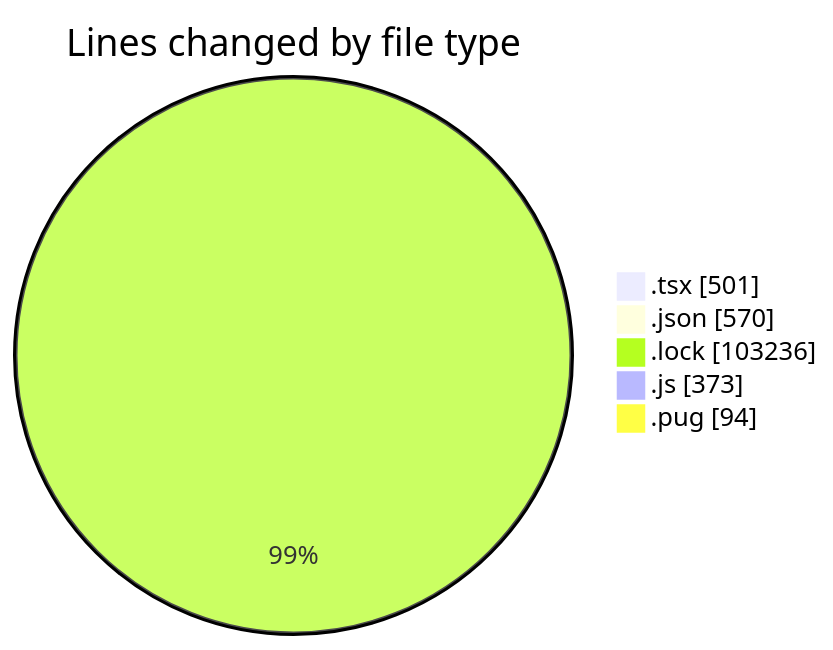
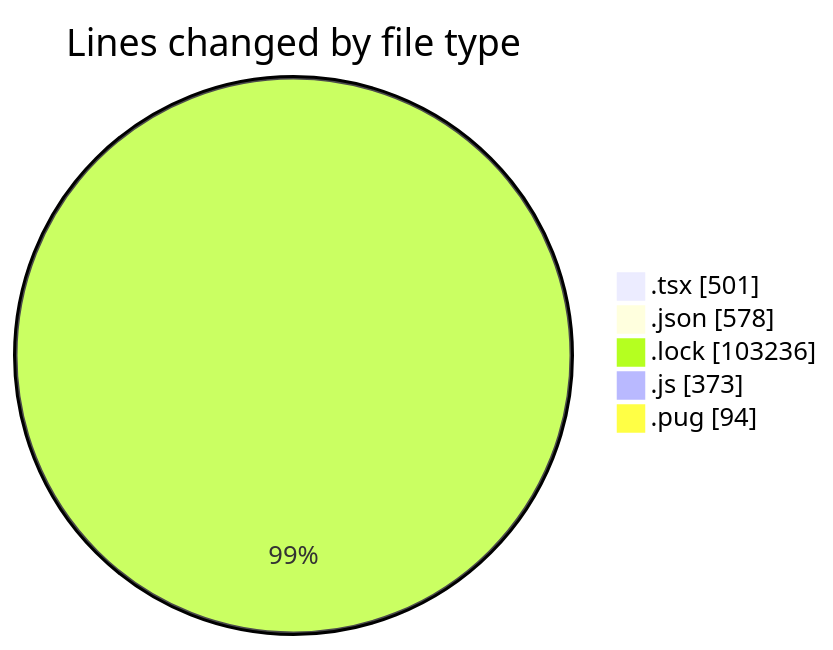
The first of 2 diagrams in 2025-03-10/cda/README.md (momahboobian/code-tracking), drawn with Mermaid before and after one commit. The commit also changed other lines of this file and 1 other file, not shown here.

````diff
--- a/2025-03-10/cda/README.md
+++ b/2025-03-10/cda/README.md
@@ -45,9 +45,9 @@
 ```mermaid
 pie showData
 title Lines changed by file type
 ".tsx" : 501
-".json" : 570
+".json" : 578
 ".lock" : 103236
 ".js" : 373
 ".pug" : 94
 ```
````
